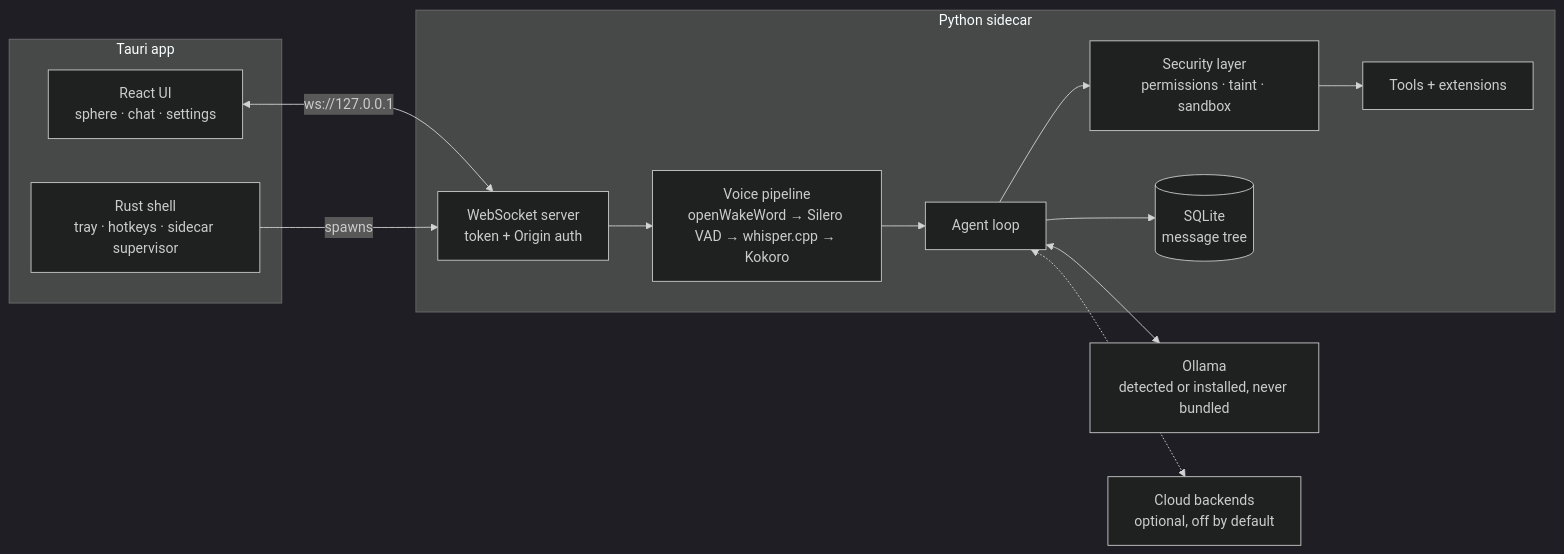
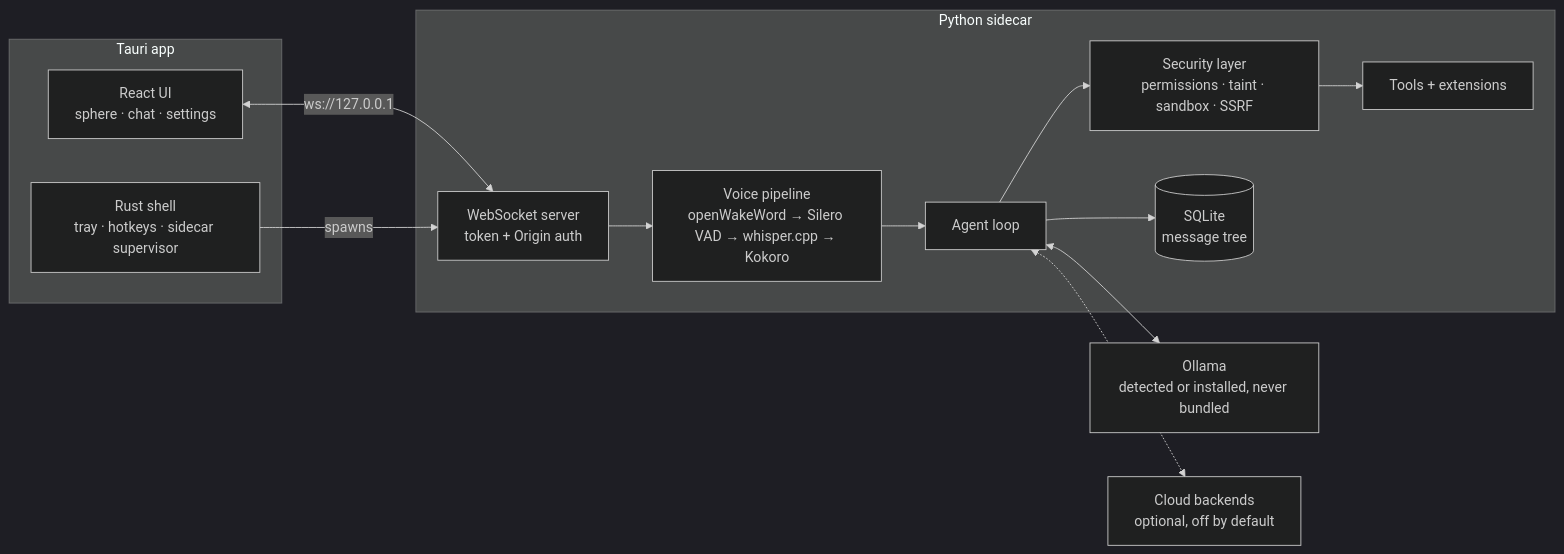
One commit to AayushSharma1003/jarvis changed the diagram in docs/architecture.md. Above: the diagram before and after it, drawn with Mermaid (dark theme). The commit also changed 8 other files, not shown here.

Commit message:
feat(phase4): web_fetch + SSRF guard — ask-gated, taint source, Phase 4 complete [M4.5]

````diff
--- a/docs/architecture.md
+++ b/docs/architecture.md
@@ -5,25 +5,25 @@
 ```mermaid
 flowchart LR
     subgraph Tauri app
         UI[React UI<br/>sphere · chat · settings]
         RS[Rust shell<br/>tray · hotkeys · sidecar supervisor]
     end
     subgraph Python sidecar
         WS[WebSocket server<br/>token + Origin auth]
         VP[Voice pipeline<br/>openWakeWord → Silero VAD → whisper.cpp → Kokoro]
         AG[Agent loop]
-        SEC[Security layer<br/>permissions · taint · sandbox]
+        SEC[Security layer<br/>permissions · taint · sandbox · SSRF]
         TOOLS[Tools + extensions]
         DB[(SQLite<br/>message tree)]
     end
     OLLAMA[Ollama<br/>detected or installed, never bundled]
     CLOUD[Cloud backends<br/>optional, off by default]
 
     UI <-->|ws://127.0.0.1| WS
     RS -->|spawns| WS
     WS --> VP --> AG
     AG --> SEC --> TOOLS
     AG <--> OLLAMA
     AG <-.-> CLOUD
     AG --> DB
 ```
````
